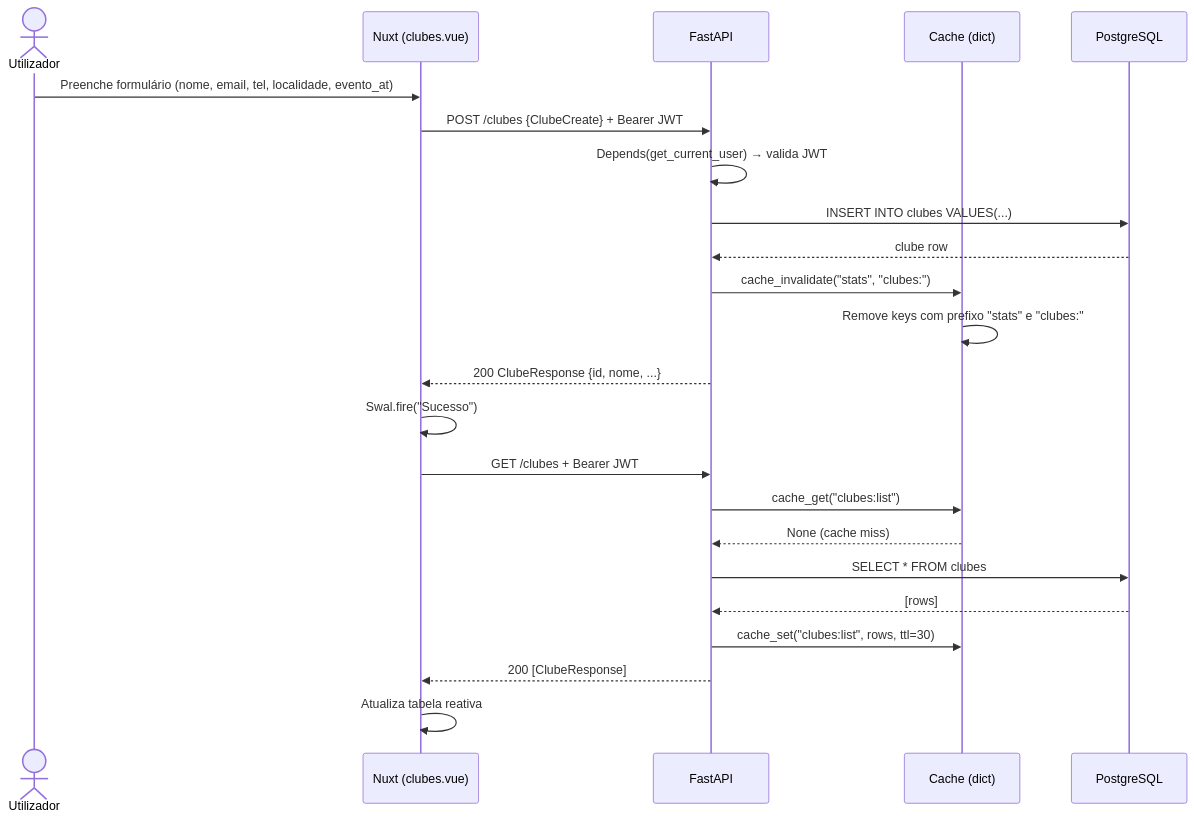
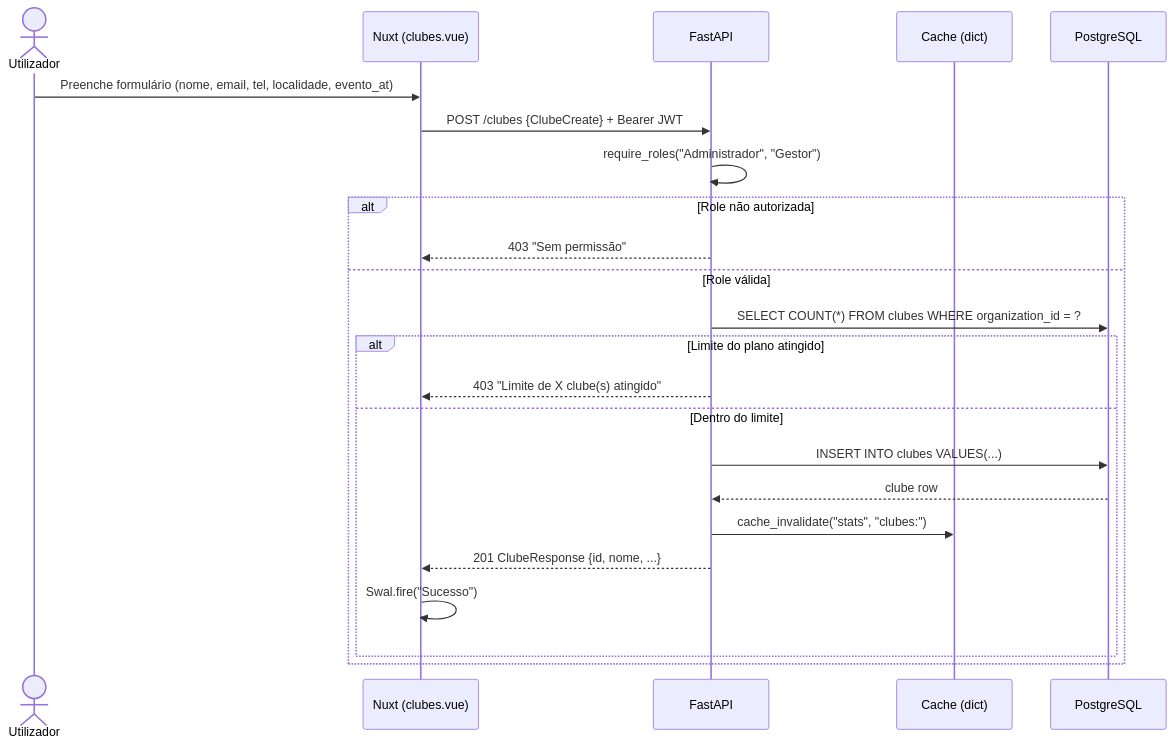
One commit to Wand-DenaXy/-Manueli-s-Clubes changed the seventh of 10 diagrams in README.md. Above: the diagram before and after it, drawn with Mermaid. The commit also changed other lines of this file and 2 other files, not shown here.

````diff
--- a/README.md
+++ b/README.md
@@ -518,26 +633,27 @@
 ```mermaid
 sequenceDiagram
     actor U as Utilizador
     participant F as Nuxt (clubes.vue)
     participant API as FastAPI
     participant C as Cache (dict)
     participant DB as PostgreSQL
 
     U->>F: Preenche formulário (nome, email, tel, localidade, evento_at)
     F->>API: POST /clubes {ClubeCreate} + Bearer JWT
-    API->>API: Depends(get_current_user) → valida JWT
-    API->>DB: INSERT INTO clubes VALUES(...)
-    DB-->>API: clube row
-    API->>C: cache_invalidate("stats", "clubes:")
-    C->>C: Remove keys com prefixo "stats" e "clubes:"
-    API-->>F: 200 ClubeResponse {id, nome, ...}
-    F->>F: Swal.fire("Sucesso")
-    F->>API: GET /clubes + Bearer JWT
-    API->>C: cache_get("clubes:list")
-    C-->>API: None (cache miss)
-    API->>DB: SELECT * FROM clubes
-    DB-->>API: [rows]
-    API->>C: cache_set("clubes:list", rows, ttl=30)
-    API-->>F: 200 [ClubeResponse]
-    F->>F: Atualiza tabela reativa
+    API->>API: require_roles("Administrador", "Gestor")
+
+    alt Role não autorizada
+        API-->>F: 403 "Sem permissão"
+    else Role válida
+        API->>DB: SELECT COUNT(*) FROM clubes WHERE organization_id = ?
+        alt Limite do plano atingido
+            API-->>F: 403 "Limite de X clube(s) atingido"
+        else Dentro do limite
+            API->>DB: INSERT INTO clubes VALUES(...)
+            DB-->>API: clube row
+            API->>C: cache_invalidate("stats", "clubes:")
+            API-->>F: 201 ClubeResponse {id, nome, ...}
+            F->>F: Swal.fire("Sucesso")
+        end
+    end
 ```
````
